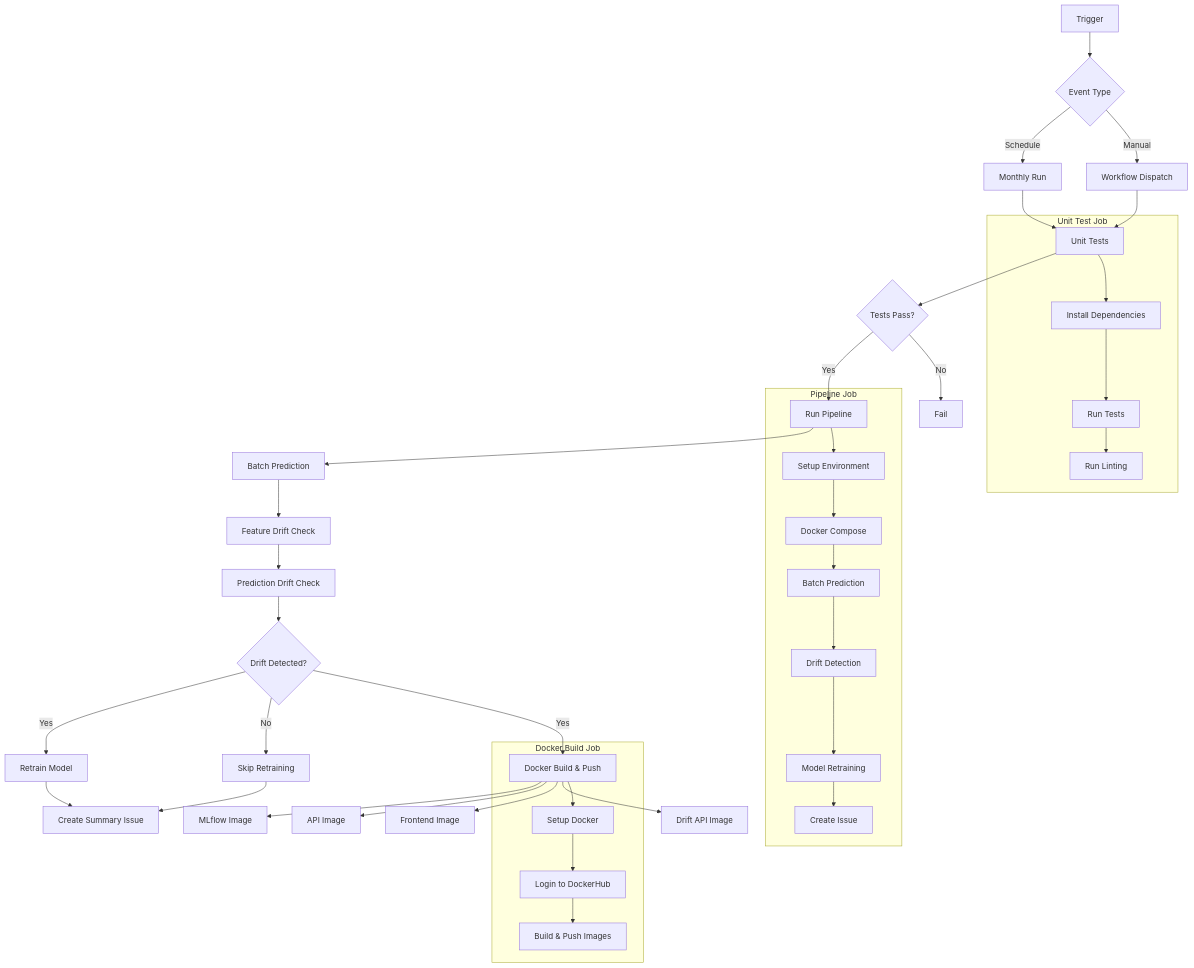
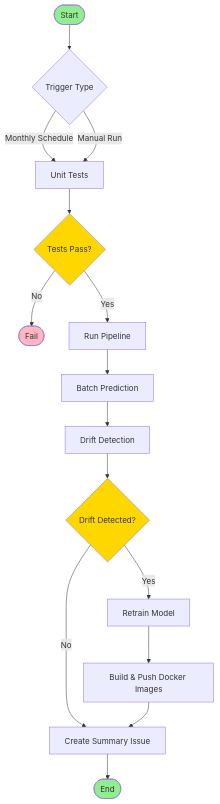
One commit to richardelchaar/Employee-Attrition-MLOps changed the diagram in docs/ci_cd_workflow.md. Above: the diagram before and after it, drawn with Mermaid.

````diff
--- a/docs/ci_cd_workflow.md
+++ b/docs/ci_cd_workflow.md
@@ -11,51 +11,28 @@
 ```mermaid
-graph TD
-    A[Trigger] --> B{Event Type}
-    B -->|Schedule| C[Monthly Run]
-    B -->|Manual| D[Workflow Dispatch]
+flowchart TD
+    Start([Start]) --> Trigger{Trigger Type}
+    Trigger -->|Monthly Schedule| UnitTest[Unit Tests]
+    Trigger -->|Manual Run| UnitTest
     
-    C --> E[Unit Tests]
-    D --> E
+    UnitTest --> TestResult{Tests Pass?}
+    TestResult -->|No| Fail([Fail])
+    TestResult -->|Yes| Pipeline[Run Pipeline]
     
-    E --> F{Tests Pass?}
-    F -->|Yes| G[Run Pipeline]
-    F -->|No| H[Fail]
+    Pipeline --> BatchPred[Batch Prediction]
+    BatchPred --> DriftCheck[Drift Detection]
     
-    G --> I[Batch Prediction]
-    I --> J[Feature Drift Check]
-    J --> K[Prediction Drift Check]
+    DriftCheck --> DriftResult{Drift Detected?}
+    DriftResult -->|No| CreateIssue[Create Summary Issue]
+    DriftResult -->|Yes| Retrain[Retrain Model]
     
-    K --> L{Drift Detected?}
-    L -->|Yes| M[Retrain Model]
-    L -->|No| N[Skip Retraining]
+    Retrain --> DockerBuild[Build & Push Docker Images]
+    DockerBuild --> CreateIssue
     
-    M --> O[Create Summary Issue]
-    N --> O
+    CreateIssue --> End([End])
     
-    L -->|Yes| P[Docker Build & Push]
-    P --> Q[MLflow Image]
-    P --> R[API Image]
-    P --> S[Frontend Image]
-    P --> T[Drift API Image]
-    
-    subgraph "Unit Test Job"
-        E --> E1[Install Dependencies]
-        E1 --> E2[Run Tests]
-        E2 --> E3[Run Linting]
-    end
-    
-    subgraph "Pipeline Job"
-        G --> G1[Setup Environment]
-        G1 --> G2[Docker Compose]
-        G2 --> G3[Batch Prediction]
-        G3 --> G4[Drift Detection]
-        G4 --> G5[Model Retraining]
-        G5 --> G6[Create Issue]
-    end
-    
-    subgraph "Docker Build Job"
-        P --> P1[Setup Docker]
-        P1 --> P2[Login to DockerHub]
-        P2 --> P3[Build & Push Images]
-    end
+    style Start fill:#90EE90
+    style End fill:#90EE90
+    style Fail fill:#FFB6C1
+    style DriftResult fill:#FFD700
+    style TestResult fill:#FFD700
 ```
````
